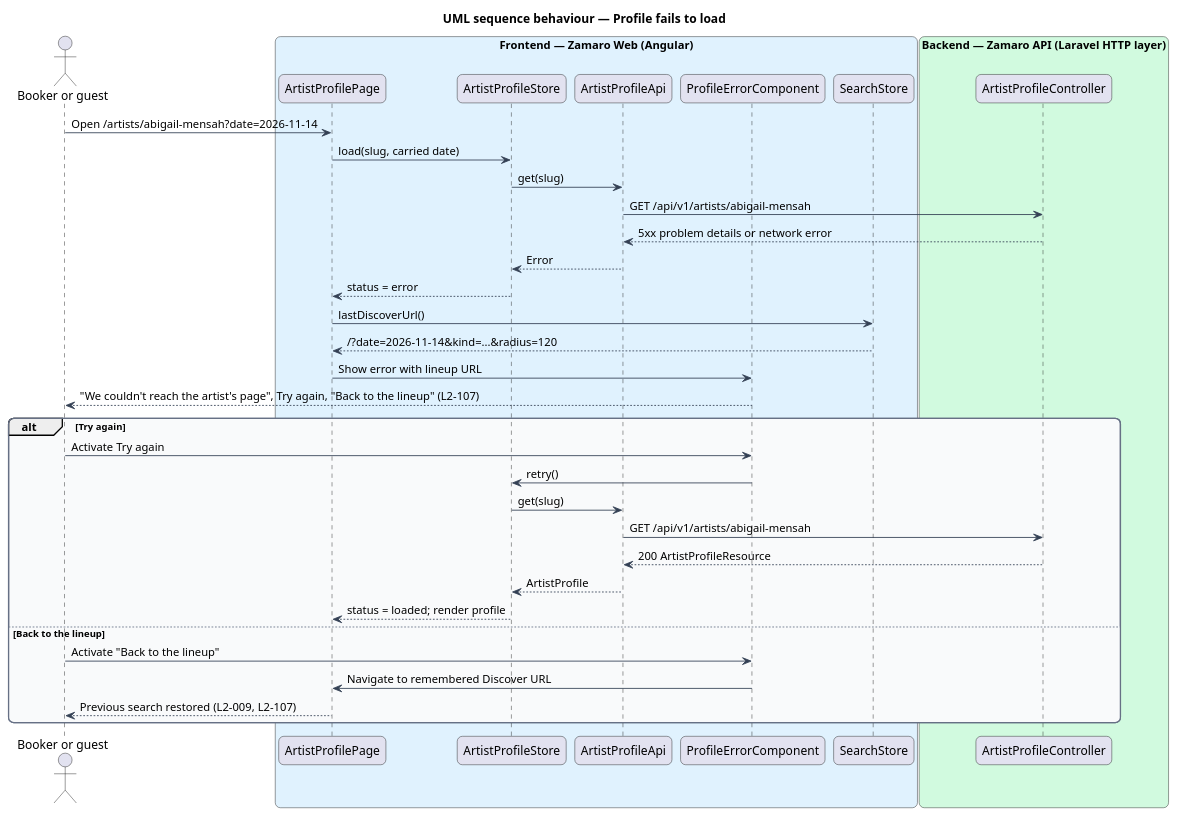
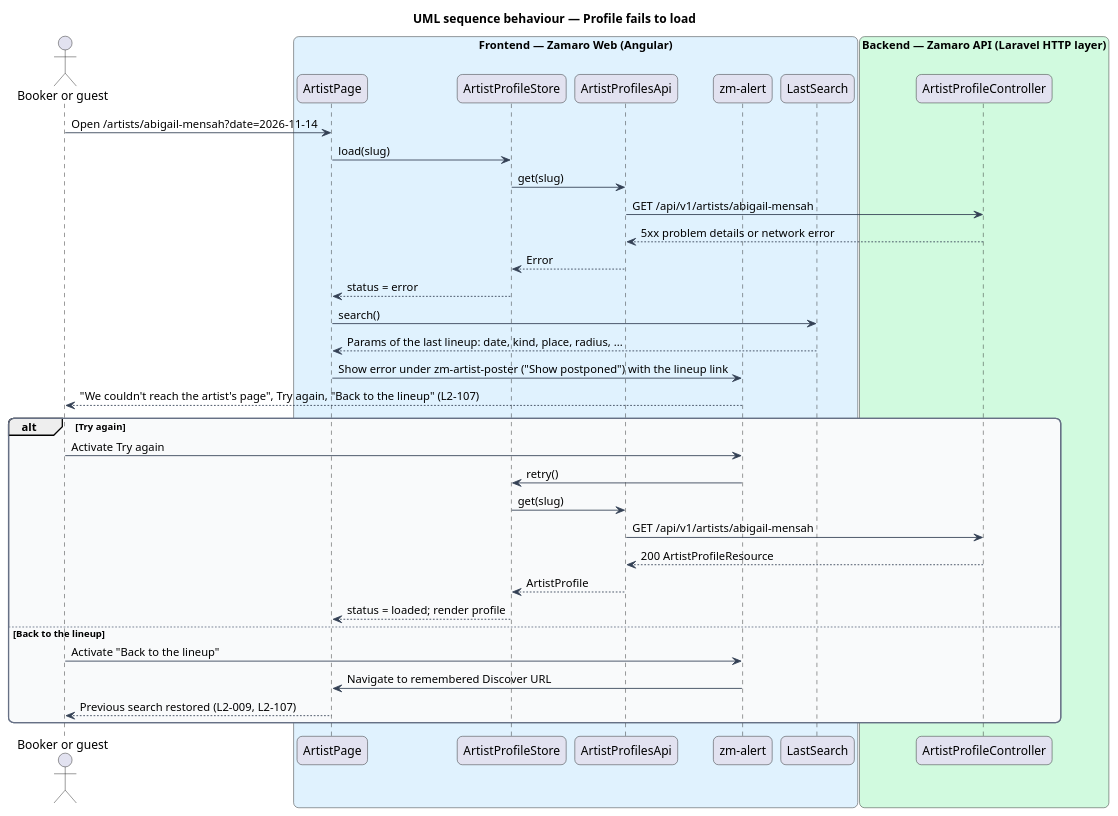
One commit to QuinntyneBrown/zamaro changed the diagram in docs/detailed-designs/artist-profiles/view-artist-profile/diagrams/sequence-profile-error.puml. Above: the diagram before and after it, drawn with PlantUML. The commit also changed 106 other files, not shown here.

```diff
--- a/docs/detailed-designs/artist-profiles/view-artist-profile/diagrams/sequence-profile-error.puml
+++ b/docs/detailed-designs/artist-profiles/view-artist-profile/diagrams/sequence-profile-error.puml
@@ -1,53 +1,53 @@
 @startuml
 title UML sequence behaviour — Profile fails to load
 skinparam backgroundColor #FFFFFF
 skinparam shadowing false
 skinparam roundcorner 12
 skinparam defaultFontName Arial
 skinparam ArrowColor #344054
 skinparam rectangle {
   BorderColor #344054
   FontColor #101828
 }
 skinparam package {
   BorderColor #667085
   FontColor #101828
   BackgroundColor #F9FAFB
 }
 actor "Booker or guest" as actor
 box "Frontend — Zamaro Web (Angular)" #E0F2FE
-  participant "ArtistProfilePage" as page
+  participant "ArtistPage" as page
   participant "ArtistProfileStore" as store
-  participant "ArtistProfileApi" as client
-  participant "ProfileErrorComponent" as err
-  participant "SearchStore" as search
+  participant "ArtistProfilesApi" as client
+  participant "zm-alert" as err
+  participant "LastSearch" as search
 end box
 box "Backend — Zamaro API (Laravel HTTP layer)" #D1FADF
   participant "ArtistProfileController" as controller
 end box
 
 actor -> page : Open /artists/abigail-mensah?date=2026-11-14
-page -> store : load(slug, carried date)
+page -> store : load(slug)
 store -> client : get(slug)
 client -> controller : GET /api/v1/artists/abigail-mensah
 controller --> client : 5xx problem details or network error
 client --> store : Error
 store --> page : status = error
-page -> search : lastDiscoverUrl()
-search --> page : /?date=2026-11-14&kind=...&radius=120
-page -> err : Show error with lineup URL
+page -> search : search()
+search --> page : Params of the last lineup: date, kind, place, radius, ...
+page -> err : Show error under zm-artist-poster ("Show postponed") with the lineup link
 err --> actor : "We couldn't reach the artist's page", Try again, "Back to the lineup" (L2-107)
 alt Try again
   actor -> err : Activate Try again
   err -> store : retry()
   store -> client : get(slug)
   client -> controller : GET /api/v1/artists/abigail-mensah
   controller --> client : 200 ArtistProfileResource
   client --> store : ArtistProfile
   store --> page : status = loaded; render profile
 else Back to the lineup
   actor -> err : Activate "Back to the lineup"
   err -> page : Navigate to remembered Discover URL
   page --> actor : Previous search restored (L2-009, L2-107)
 end
 @enduml
```
